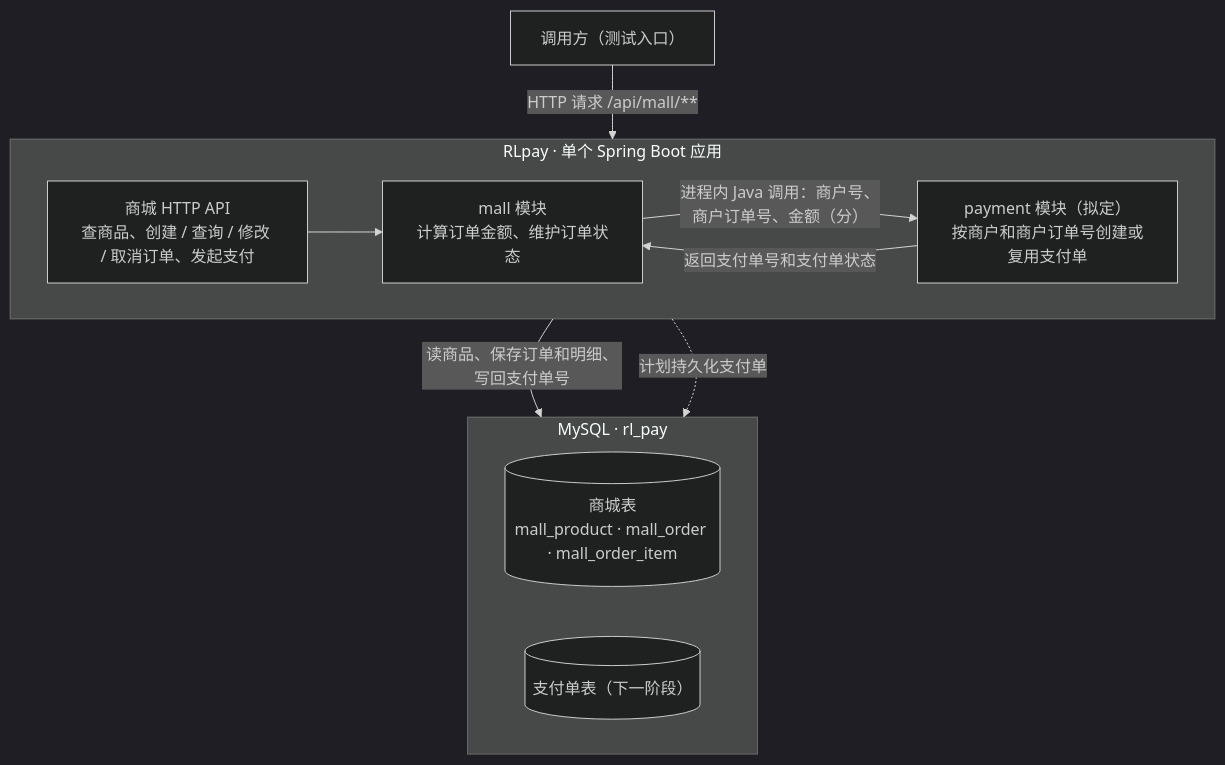
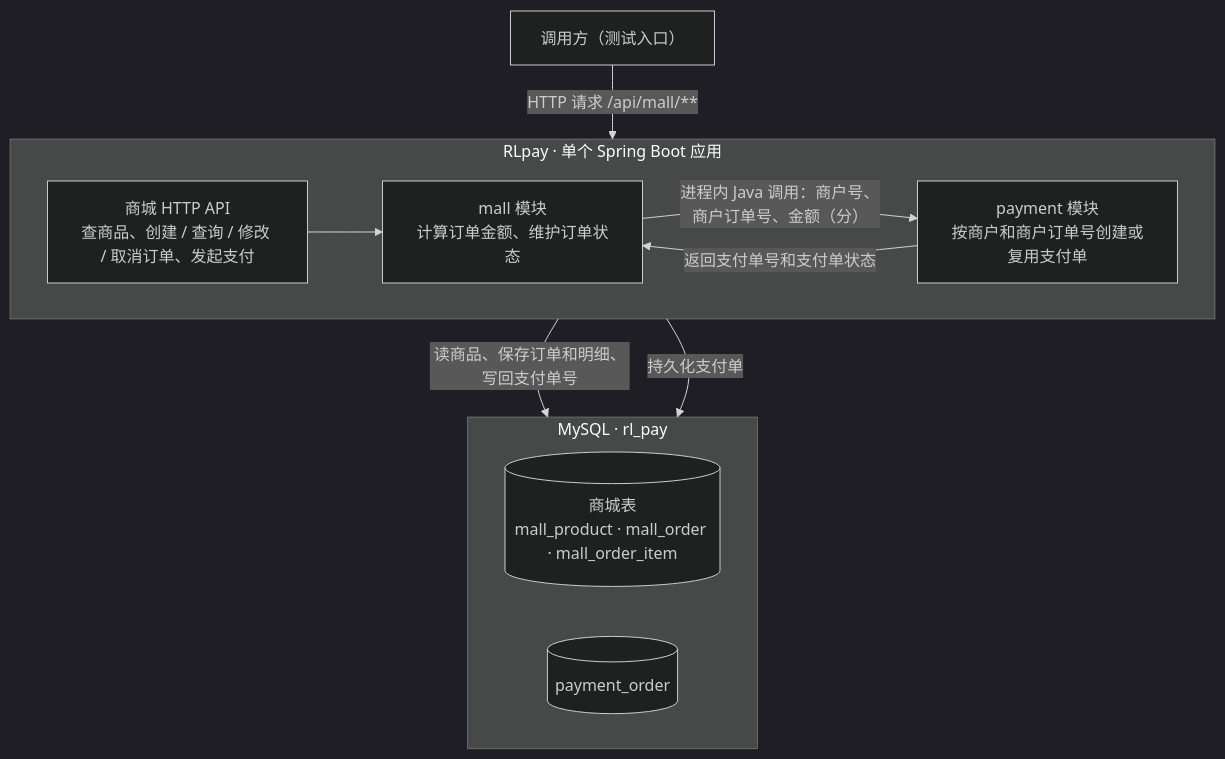
Before and after one commit to ISTxiCun/RLpay: the diagram in docs/mall/mall-api-design.md, drawn with Mermaid (dark theme). The commit also changed other lines of this file and 12 other files, not shown here.

````diff
--- a/docs/mall/mall-api-design.md
+++ b/docs/mall/mall-api-design.md
@@ -7,25 +7,25 @@
 ```mermaid
 flowchart TB
     client["调用方（测试入口）"]
 
     subgraph app["RLpay · 单个 Spring Boot 应用"]
         direction LR
         api["商城 HTTP API<br/>查商品、创建 / 查询 / 修改 / 取消订单、发起支付"]
         mall["mall 模块<br/>计算订单金额、维护订单状态"]
-        payment["payment 模块（拟定）<br/>按商户和商户订单号创建或复用支付单"]
+        payment["payment 模块<br/>按商户和商户订单号创建或复用支付单"]
 
         api --> mall
         mall -->|"进程内 Java 调用：商户号、商户订单号、金额（分）"| payment
         payment -->|"返回支付单号和支付单状态"| mall
     end
 
     subgraph database["MySQL · rl_pay"]
         direction LR
         mallTables[("商城表<br/>mall_product · mall_order · mall_order_item")]
-        paymentTable[("支付单表（下一阶段）")]
+        paymentTable[("payment_order")]
     end
 
     client -->|"HTTP 请求 /api/mall/**"| api
     mall -->|"读商品、保存订单和明细、写回支付单号"| mallTables
-    payment -.->|"计划持久化支付单"| paymentTable
+    payment -->|"持久化支付单"| paymentTable
 ```
````
